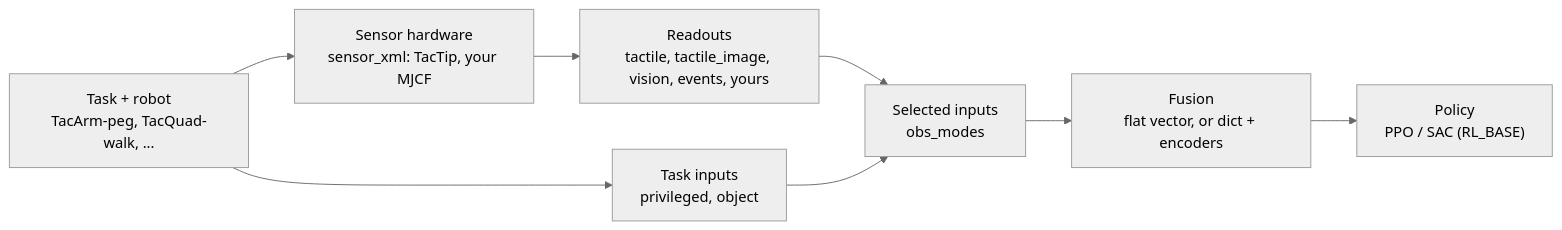
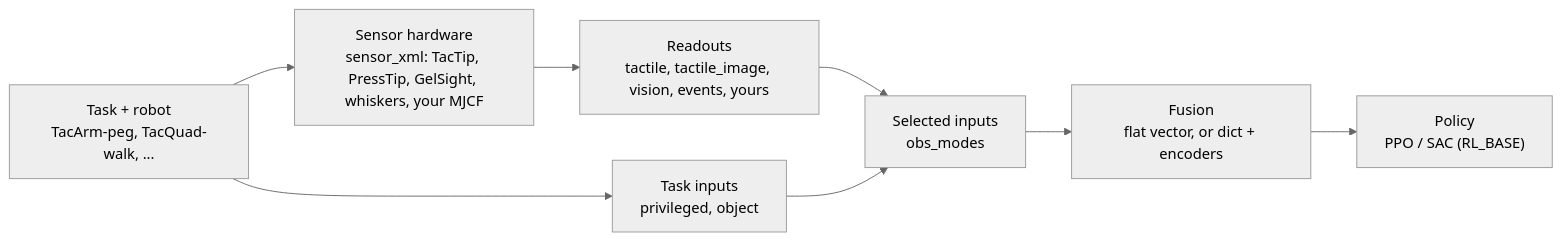
One commit to shepai/TacTip-gym changed the diagram in README.md. Above: the diagram before and after it, drawn with Mermaid (neutral theme). The commit also changed other lines of this file and 23 other files, not shown here.

````diff
--- a/README.md
+++ b/README.md
@@ -57,10 +56,10 @@
 ```mermaid
 flowchart LR
-    T["Task + robot<br/>TacArm-peg, TacQuad-walk, ..."] --> H["Sensor hardware<br/>sensor_xml: TacTip, your MJCF"]
+    T["Task + robot<br/>TacArm-peg, TacQuad-walk, ..."] --> H["Sensor hardware<br/>sensor_xml: TacTip, PressTip, GelSight, whiskers, your MJCF"]
     H --> R["Readouts<br/>tactile, tactile_image, vision, events, yours"]
     T --> P["Task inputs<br/>privileged, object"]
     R --> I["Selected inputs<br/>obs_modes"]
     P --> I
     I --> F["Fusion<br/>flat vector, or dict + encoders"]
     F --> L["Policy<br/>PPO / SAC (RL_BASE)"]
 ```
````
